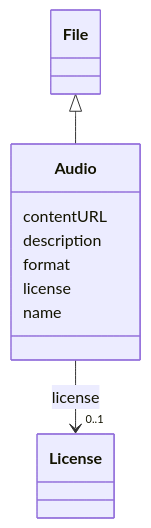
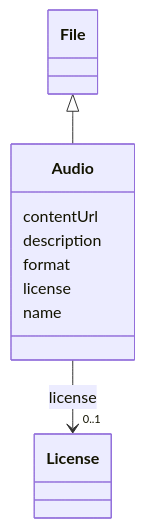
The diagram in models/docs/Audio.md (EVORA-project/evora-ontology), drawn with Mermaid before and after one commit. The commit also changed other lines of this file and 650 other files, not shown here.

````diff
--- a/models/docs/Audio.md
+++ b/models/docs/Audio.md
@@ -19,26 +19,26 @@
 ```mermaid
  classDiagram
     class Audio
     click Audio href "../Audio"
       File <|-- Audio
         click File href "../File"
       
-      Audio : contentURL
+      Audio : contentUrl
         
       Audio : description
         
       Audio : format
         
       Audio : license
         
           
     
     
     Audio --> "0..1" License : license
     click License href "../License"
 
         
       Audio : name
         
       
 ```
````
